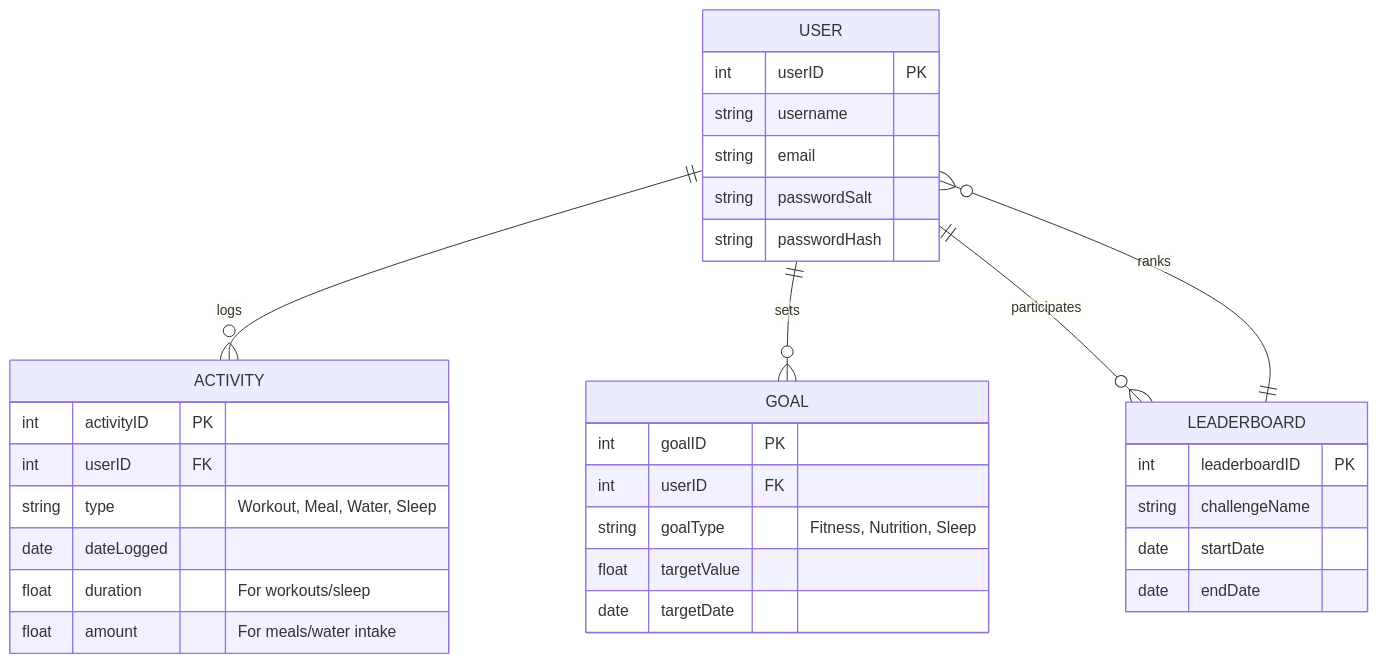
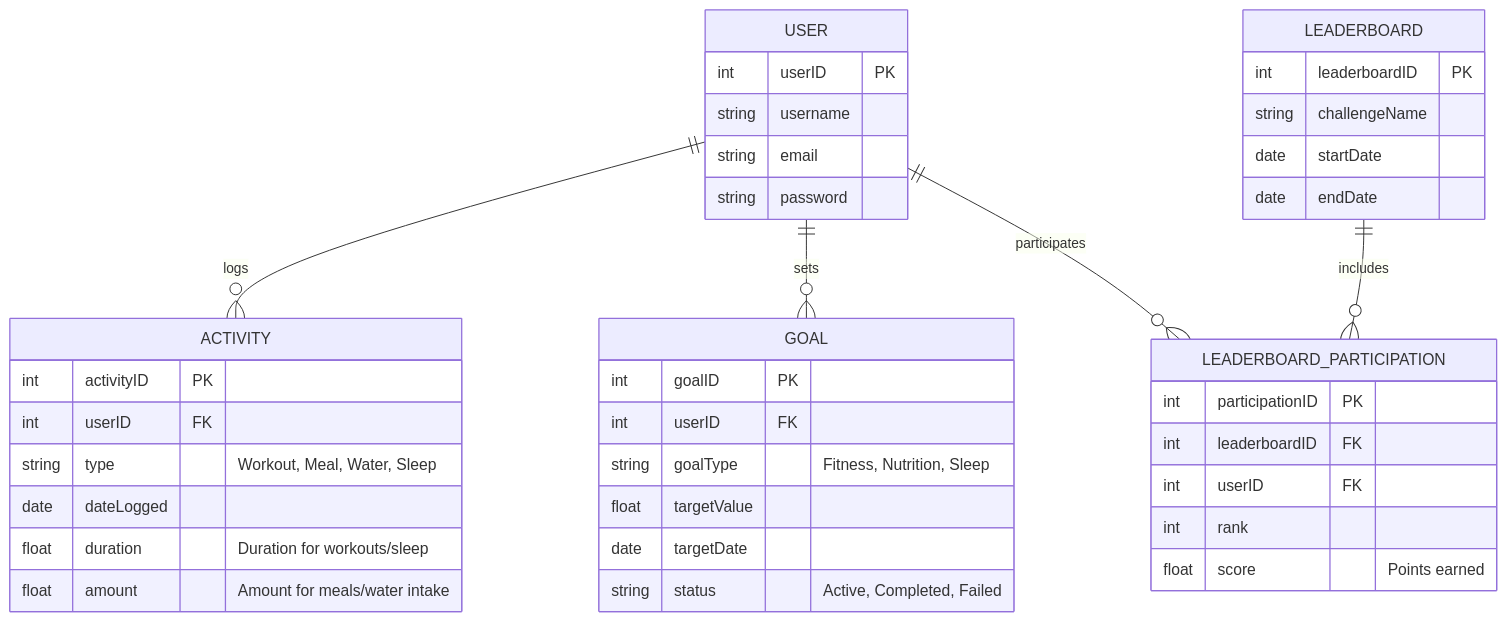
Before and after one commit to csweenz/Capstone: the first of 3 diagrams in README.md, drawn with Mermaid. The commit also changed other lines of this file and 40 other files, not shown here.

````diff
--- a/README.md
+++ b/README.md
@@ -11,42 +10,49 @@
 ```mermaid
 
 erDiagram
     USER ||--o{ ACTIVITY : logs
     USER ||--o{ GOAL : sets
-    USER ||--o{ LEADERBOARD : participates
-    LEADERBOARD ||--o{ USER : ranks
+    USER ||--o{ LEADERBOARD_PARTICIPATION : participates
+    LEADERBOARD ||--o{ LEADERBOARD_PARTICIPATION : includes
 
     USER {
         int userID PK
         string username
         string email
-        string passwordSalt
-        string passwordHash
+        string password
     }
 
     ACTIVITY {
         int activityID PK
         int userID FK
         string type "Workout, Meal, Water, Sleep"
         date dateLogged
-        float duration "For workouts/sleep"
-        float amount "For meals/water intake"
+        float duration "Duration for workouts/sleep"
+        float amount "Amount for meals/water intake"
     }
 
     GOAL {
         int goalID PK
         int userID FK
         string goalType "Fitness, Nutrition, Sleep"
         float targetValue
         date targetDate
+        string status "Active, Completed, Failed"
     }
 
     LEADERBOARD {
         int leaderboardID PK
         string challengeName
         date startDate
         date endDate
     }
 
+    LEADERBOARD_PARTICIPATION {
+        int participationID PK
+        int leaderboardID FK
+        int userID FK
+        int rank
+        float score "Points earned"
+    }
 
 ```
````
